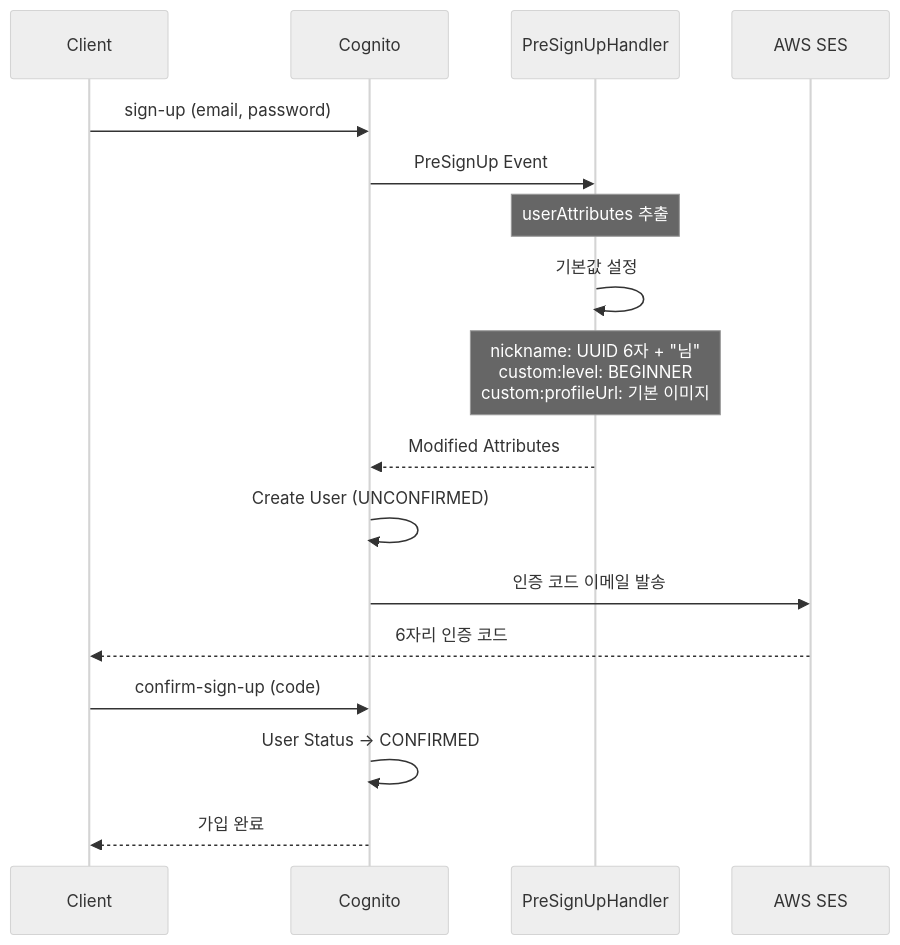
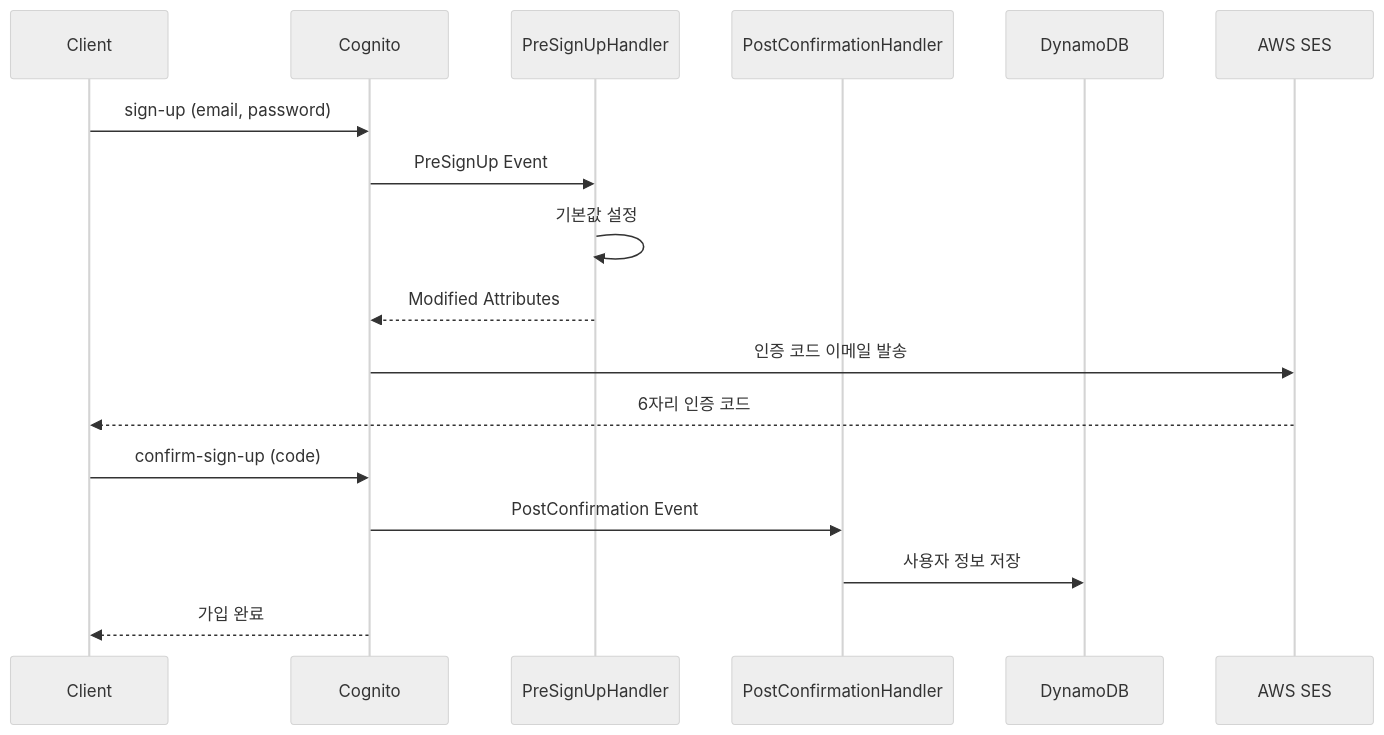
The third of 7 diagrams in docs/user/USER-GUIDE.md (Language-Study-Prooject/BE_Repository), drawn with Mermaid (neutral theme) before and after one commit.

Commit message:
docs : 회원가입 흐름 - PostConfirmation 트리거 추가

````diff
--- a/docs/user/USER-GUIDE.md
+++ b/docs/user/USER-GUIDE.md
@@ -113,20 +113,20 @@
 ```mermaid
 sequenceDiagram
     participant C as Client
     participant COG as Cognito
-    participant TRIGGER as PreSignUpHandler
+    participant PRE as PreSignUpHandler
+    participant POST as PostConfirmationHandler
+    participant DB as DynamoDB
     participant SES as AWS SES
 
     C->>COG: sign-up (email, password)
-    COG->>TRIGGER: PreSignUp Event
-    Note over TRIGGER: userAttributes 추출
-    TRIGGER->>TRIGGER: 기본값 설정
-    Note over TRIGGER: nickname: UUID 6자 + "님"<br/>custom:level: BEGINNER<br/>custom:profileUrl: 기본 이미지
-    TRIGGER-->>COG: Modified Attributes
-    COG->>COG: Create User (UNCONFIRMED)
+    COG->>PRE: PreSignUp Event
+    PRE->>PRE: 기본값 설정
+    PRE-->>COG: Modified Attributes
     COG->>SES: 인증 코드 이메일 발송
     SES-->>C: 6자리 인증 코드
     C->>COG: confirm-sign-up (code)
-    COG->>COG: User Status → CONFIRMED
+    COG->>POST: PostConfirmation Event
+    POST->>DB: 사용자 정보 저장
     COG-->>C: 가입 완료
 ```
````
